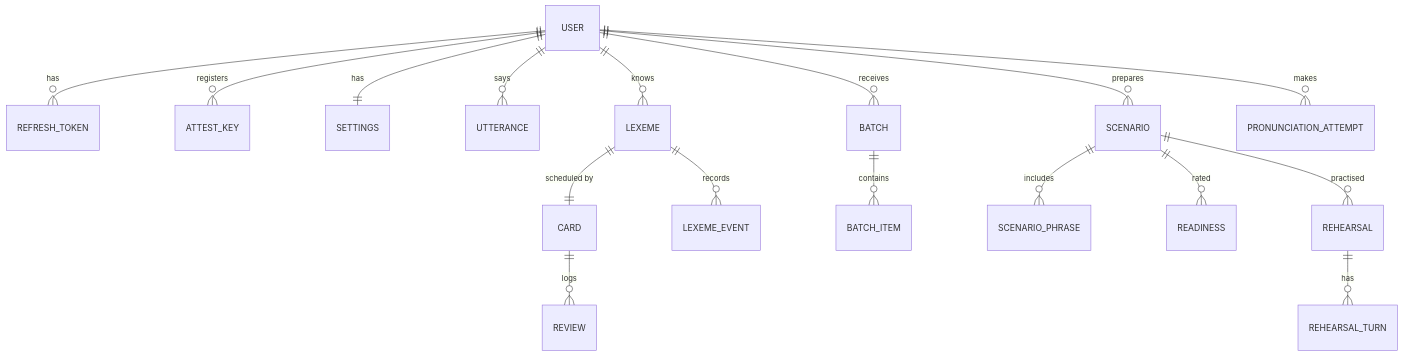
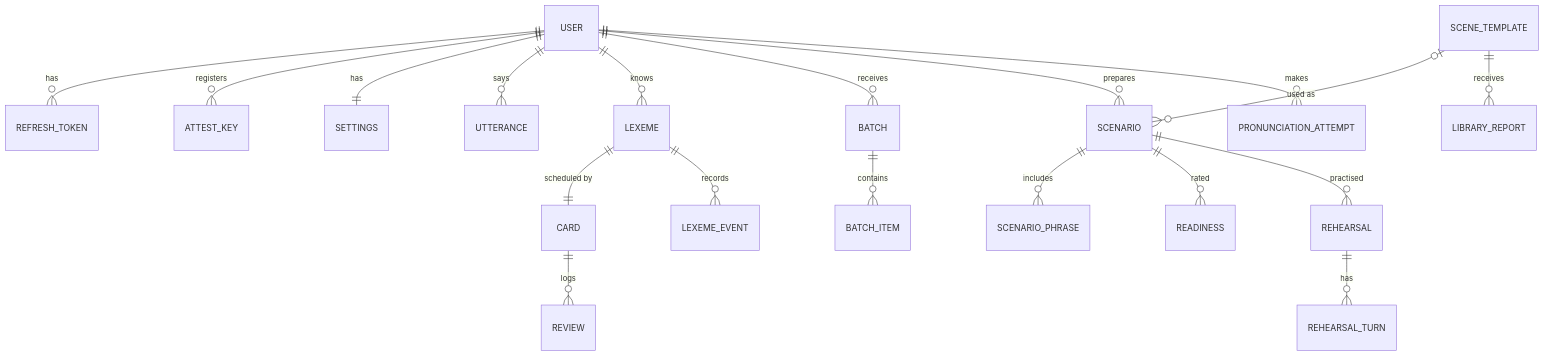
One commit to AiKoushik/intuye changed the diagram in docs/07-data-model.md. Above: the diagram before and after it, drawn with Mermaid. The commit also changed other lines of this file and 6 other files, not shown here.

First line of the commit message:
docs: plan the shared scene library and the move to Deep Agents

````diff
--- a/docs/07-data-model.md
+++ b/docs/07-data-model.md
@@ -6,19 +6,21 @@
 ```mermaid
 erDiagram
   USER ||--o{ REFRESH_TOKEN : has
   USER ||--o{ ATTEST_KEY : registers
   USER ||--|| SETTINGS : has
   USER ||--o{ UTTERANCE : says
   USER ||--o{ LEXEME : knows
   LEXEME ||--|| CARD : "scheduled by"
   CARD ||--o{ REVIEW : logs
   LEXEME ||--o{ LEXEME_EVENT : records
   USER ||--o{ BATCH : receives
   BATCH ||--o{ BATCH_ITEM : contains
   USER ||--o{ SCENARIO : prepares
   SCENARIO ||--o{ SCENARIO_PHRASE : includes
   SCENARIO ||--o{ READINESS : rated
   SCENARIO ||--o{ REHEARSAL : practised
+  SCENE_TEMPLATE |o--o{ SCENARIO : "used as"
+  SCENE_TEMPLATE ||--o{ LIBRARY_REPORT : receives
   REHEARSAL ||--o{ REHEARSAL_TURN : has
   USER ||--o{ PRONUNCIATION_ATTEMPT : makes
 ```
````
